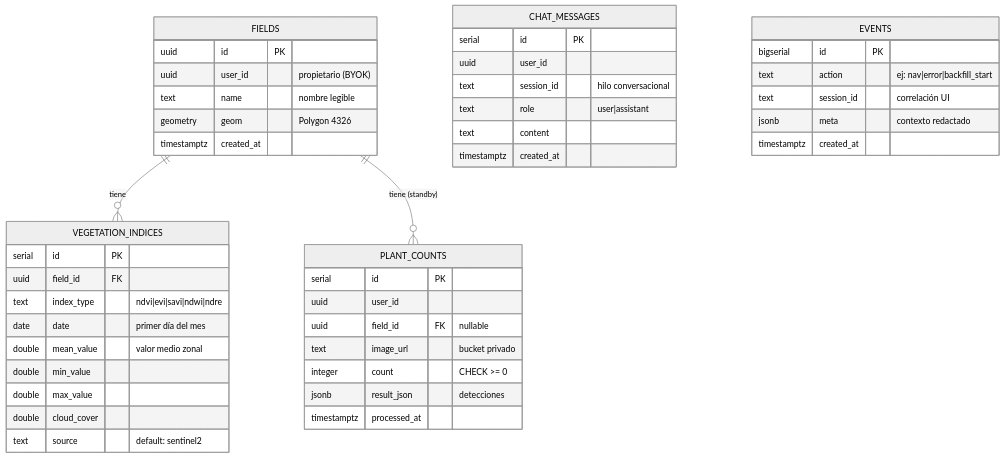
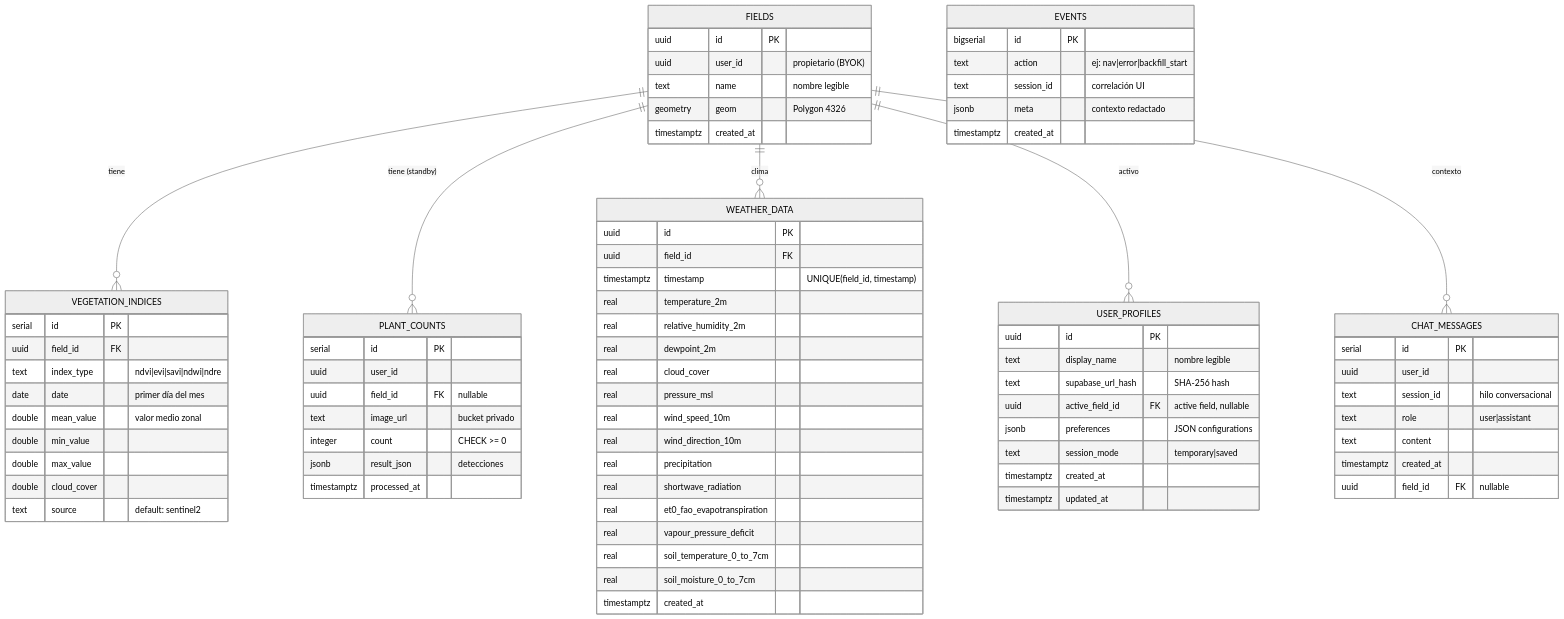
One commit to AlexPrietoRomani/AgroVision changed diagram 11 of 12 in docs/architect/architecture_agrovision.md. Above: the diagram before and after it, drawn with Mermaid (neutral theme). The commit also changed other lines of this file and 1 other file, not shown here.

````diff
--- a/docs/architect/architecture_agrovision.md
+++ b/docs/architect/architecture_agrovision.md
@@ -418,6 +434,37 @@
         text source "default: sentinel2"
     }
 
+    USER_PROFILES {
+        uuid id PK
+        text display_name "nombre legible"
+        text supabase_url_hash "SHA-256 hash"
+        uuid active_field_id FK "active field, nullable"
+        jsonb preferences "JSON configurations"
+        text session_mode "temporary|saved"
+        timestamptz created_at
+        timestamptz updated_at
+    }
+
+    WEATHER_DATA {
+        uuid id PK
+        uuid field_id FK
+        timestamptz timestamp "UNIQUE(field_id, timestamp)"
+        real temperature_2m
+        real relative_humidity_2m
+        real dewpoint_2m
+        real cloud_cover
+        real pressure_msl
+        real wind_speed_10m
+        real wind_direction_10m
+        real precipitation
+        real shortwave_radiation
+        real et0_fao_evapotranspiration
+        real vapour_pressure_deficit
+        real soil_temperature_0_to_7cm
+        real soil_moisture_0_to_7cm
+        timestamptz created_at
+    }
+
     PLANT_COUNTS {
         serial id PK
         uuid user_id
@@ -435,6 +482,7 @@
         text role "user|assistant"
         text content
         timestamptz created_at
+        uuid field_id FK "nullable"
     }
 
     EVENTS {
@@ -447,4 +495,7 @@
 
     FIELDS ||--o{ VEGETATION_INDICES : "tiene"
     FIELDS ||--o{ PLANT_COUNTS : "tiene (standby)"
+    FIELDS ||--o{ WEATHER_DATA : "clima"
+    FIELDS ||--o{ USER_PROFILES : "activo"
+    FIELDS ||--o{ CHAT_MESSAGES : "contexto"
 ```
````
